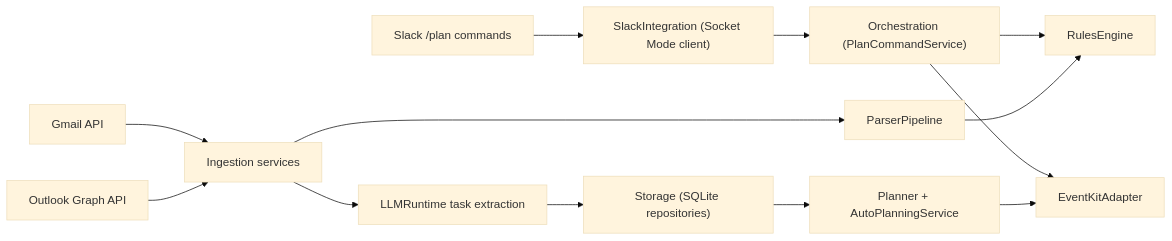
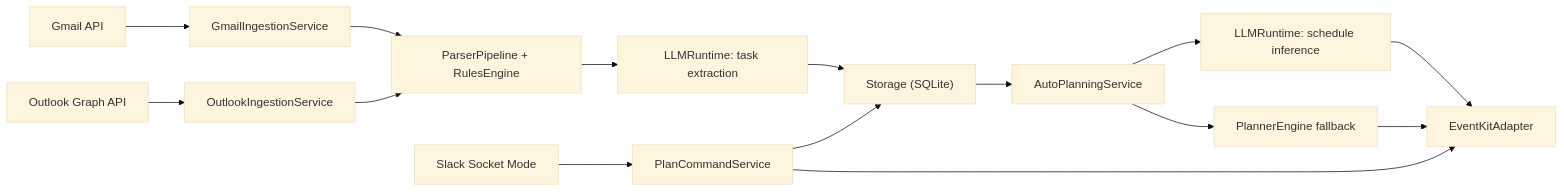
The diagram in README.md (DevDesai444/SenseAssist), drawn with Mermaid (base theme) before and after one commit. The commit also changed other lines of this file and 6 other files, not shown here.

````diff
--- a/README.md
+++ b/README.md
@@ -57,15 +46,17 @@
 ```mermaid
 flowchart LR
-    A["Slack /plan commands"] --> B["SlackIntegration (Socket Mode client)"]
-    B --> C["Orchestration (PlanCommandService)"]
-    C --> D["RulesEngine"]
-    C --> E["EventKitAdapter"]
-    F["Gmail API"] --> G["Ingestion services"]
-    H["Outlook Graph API"] --> G
-    G --> I["ParserPipeline"]
-    I --> D
-    G --> J["LLMRuntime task extraction"]
-    J --> K["Storage (SQLite repositories)"]
-    K --> L["Planner + AutoPlanningService"]
-    L --> E
+    A["Gmail API"] --> B["GmailIngestionService"]
+    C["Outlook Graph API"] --> D["OutlookIngestionService"]
+    B --> E["ParserPipeline + RulesEngine"]
+    D --> E
+    E --> F["LLMRuntime: task extraction"]
+    F --> G["Storage (SQLite)"]
+    G --> H["AutoPlanningService"]
+    H --> I["LLMRuntime: schedule inference"]
+    H --> J["PlannerEngine fallback"]
+    I --> K["EventKitAdapter"]
+    J --> K
+    L["Slack Socket Mode"] --> M["PlanCommandService"]
+    M --> K
+    M --> G
 ```
````
